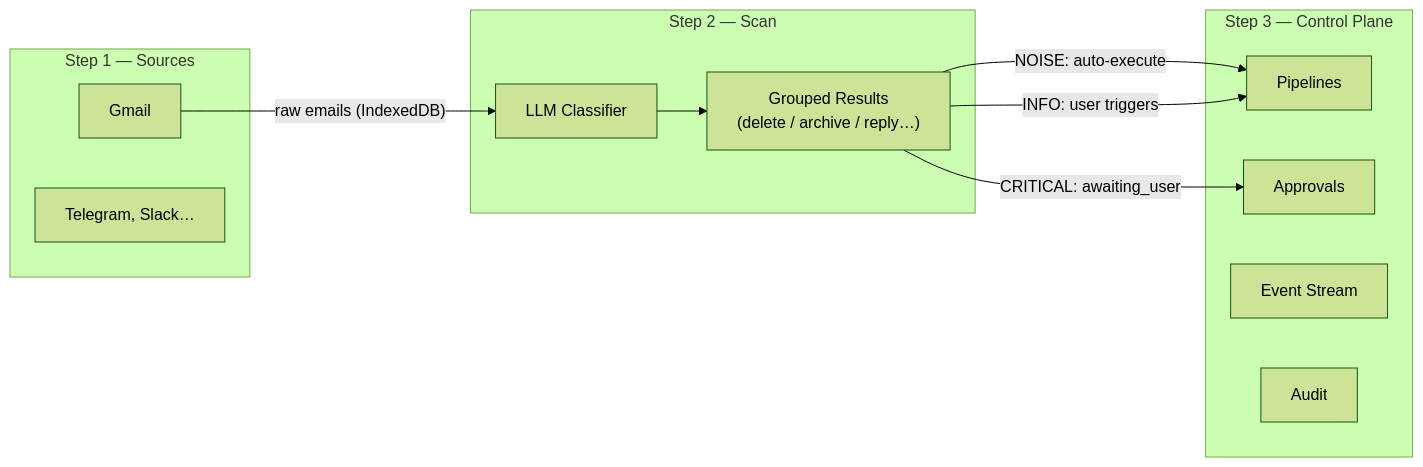
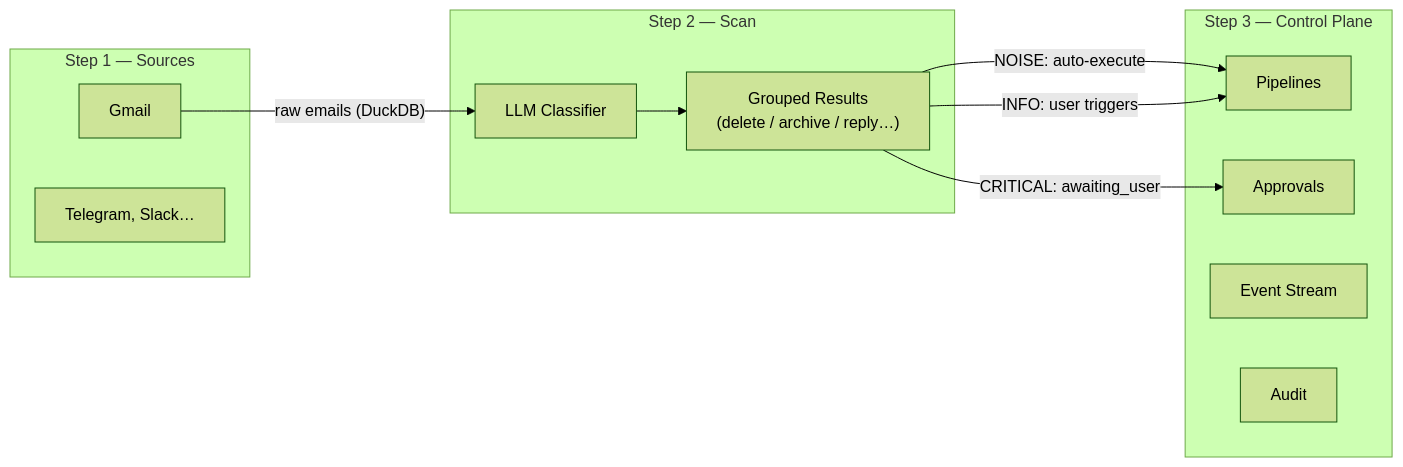
One commit to cypherkitty/me-ai changed the diagram in .cursor/rules/architecture.md. Above: the diagram before and after it, drawn with Mermaid (forest theme). The commit also changed other lines of this file, not shown here.

First line of the commit message:
docs: replace table with list in architecture rule for agent parsing

````diff
--- a/.cursor/rules/architecture.md
+++ b/.cursor/rules/architecture.md
@@ -15,23 +15,23 @@
 ```mermaid
 flowchart LR
     subgraph step1 [Step 1 — Sources]
         Gmail
         Future["Telegram, Slack…"]
     end
     subgraph step2 [Step 2 — Scan]
         LLM["LLM Classifier"]
         Results["Grouped Results\n(delete / archive / reply…)"]
     end
     subgraph step3 [Step 3 — Control Plane]
         Pipelines
         Approvals
         EventStream["Event Stream"]
         Audit
     end
 
-    Gmail -->|"raw emails (IndexedDB)"| LLM
+    Gmail -->|"raw emails (DuckDB)"| LLM
     LLM --> Results
     Results -->|"NOISE: auto-execute"| Pipelines
     Results -->|"INFO: user triggers"| Pipelines
     Results -->|"CRITICAL: awaiting_user"| Approvals
 ```
````
